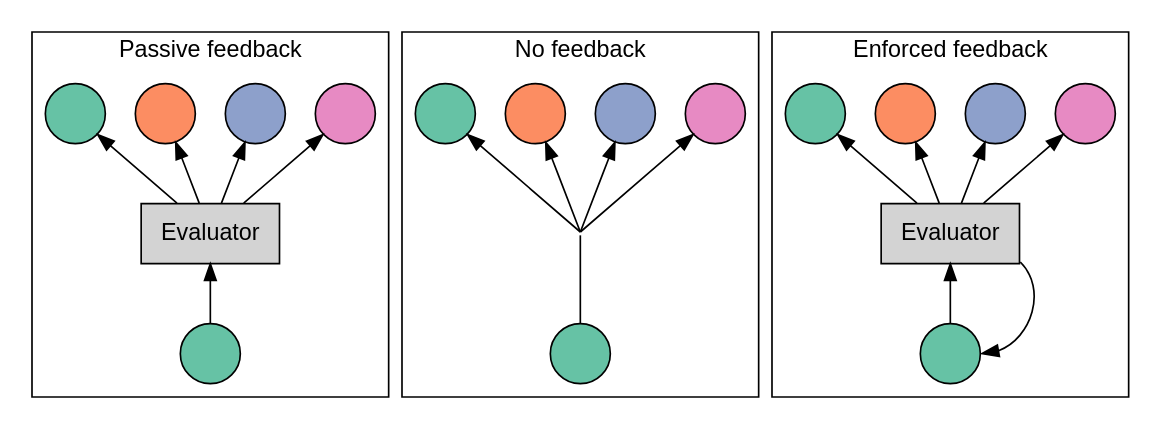
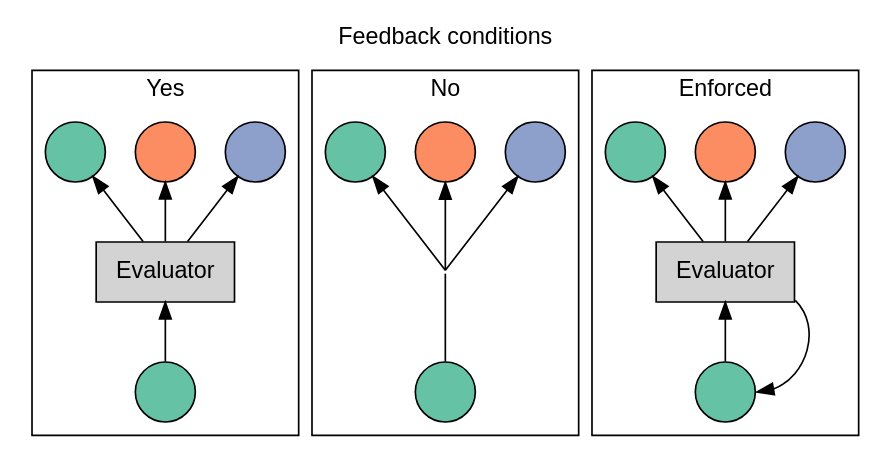
The diagram in evoteams/inst/extdata/feedback.gv (pedmiston/diachronic-teams), drawn with Graphviz before and after one commit. The commit also changed 3 other files, not shown here.

```diff
--- a/evoteams/inst/extdata/feedback.gv
+++ b/evoteams/inst/extdata/feedback.gv
@@ -1,37 +1,40 @@
 digraph {
   rankdir = BT;
   node[label="", shape=circle, fontname=helvetica; style=filled];
   edge[fontname=helvetica];
 
   fontname=helvetica;
-  labelloc="b";
+  label = "Feedback conditions";
+  labelloc="t";
 
   // Colors are people
   y1, n1, e1, ya, na, ea[fillcolor="#66C2A5"];
   yb, nb, eb[fillcolor="#FC8D62"];
   yc, nc, ec[fillcolor="#8DA0CB"];
-  yd, nd, ed[fillcolor="#E78AC3"];
 
   // Shapes
   yfeedback, efeedback[shape=rect, label="Evaluator"];
   nfeedback[style=none, shape=none, width=0]
 
   subgraph cluster0 {
-    label="Passive feedback";
-    y1 -> yfeedback -> {ya, yb, yc, yd};
+    label = "Yes";
+    labelloc = "b";
+    y1 -> yfeedback -> {ya, yb, yc};
   }
 
   subgraph cluster1 {
-    label="No feedback";
+    label = "No";
+    labelloc = "b";
     n1 -> nfeedback[arrowhead=none, headclip=false];
-    nfeedback -> {na, nb, nc, nd}[tailclip=false];
+    nfeedback -> {na, nb, nc}[tailclip=false];
   }
 
   subgraph cluster2 {
-    label="Enforced feedback";
+    label = "Enforced";
+    labelloc = "b";
     e1 -> efeedback;
     efeedback -> e1[tailport=se, headport=e, weight=0];
-    efeedback -> {ea, eb, ec, ed};
+    efeedback -> {ea, eb, ec};
   }
 
 }
```
